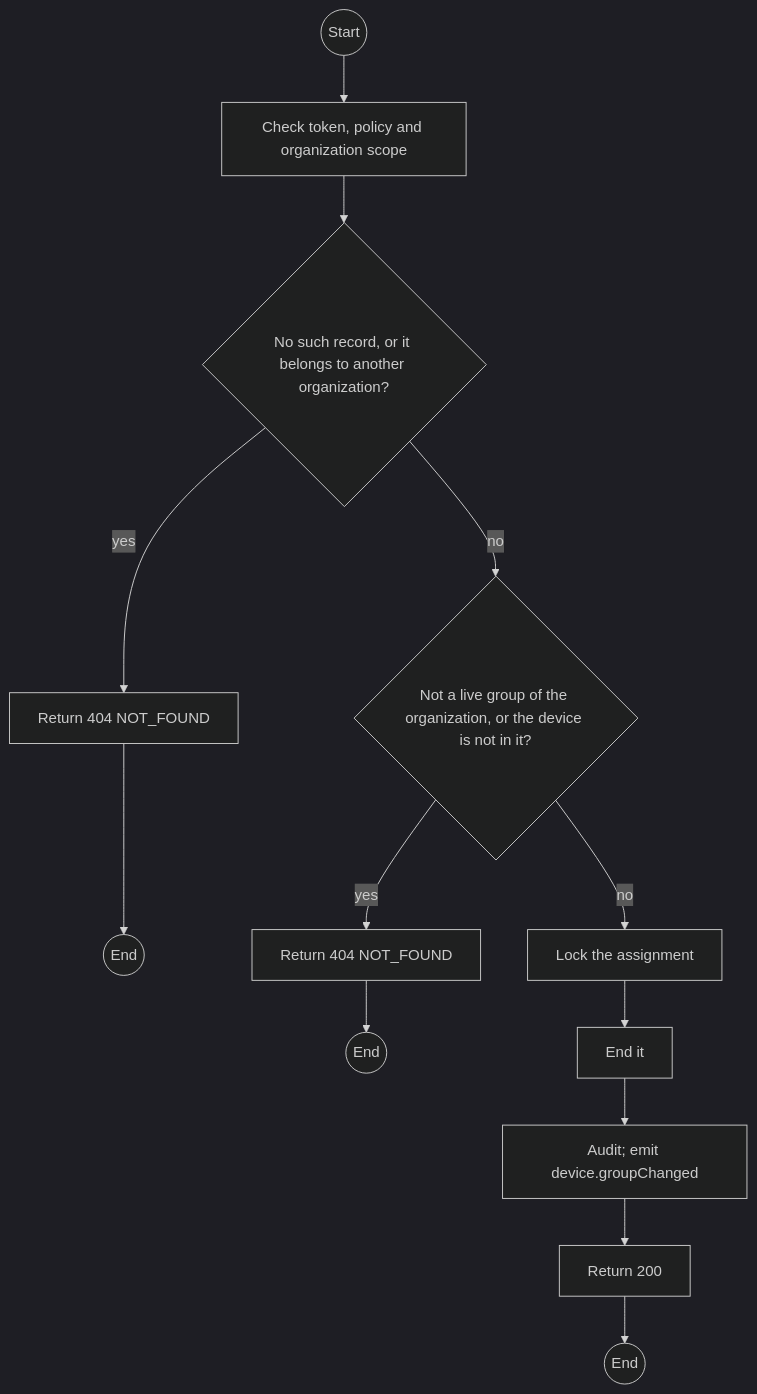
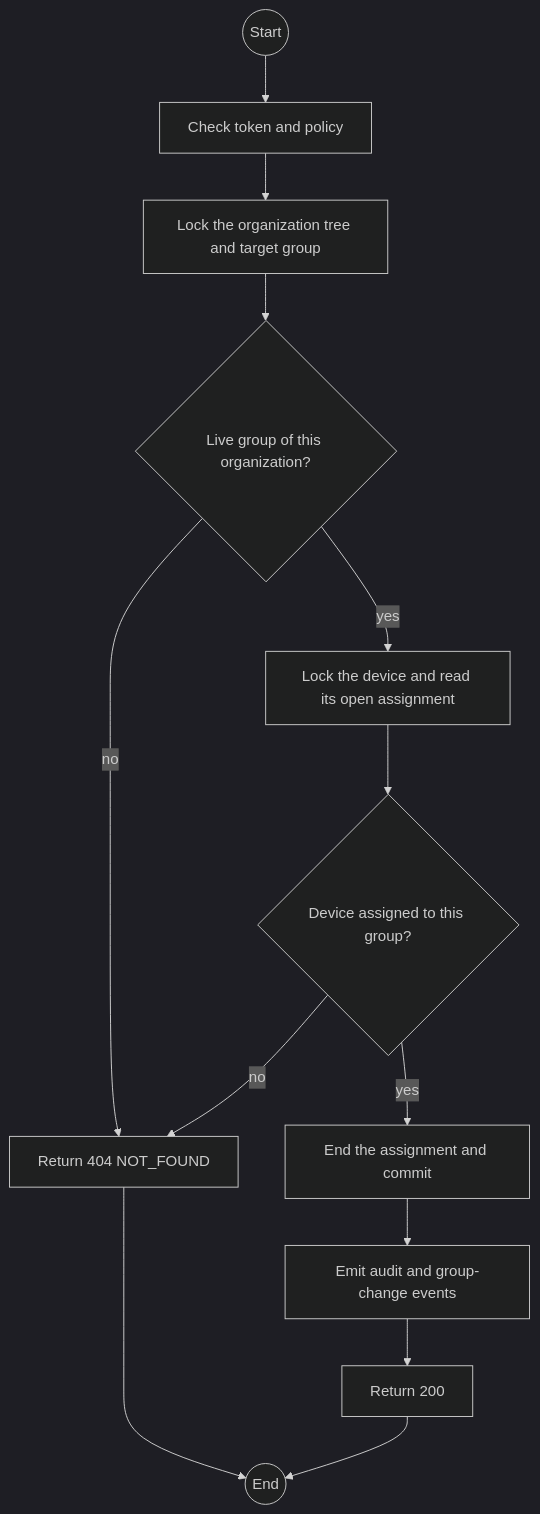
One commit to TrekLink-Team/treklink-web changed the first of 2 diagrams in specs/rentals/api-design/27-delete-groups-id-devices-deviceid.md. Above: the diagram before and after it, drawn with Mermaid (dark theme). The commit also changed other lines of this file and 28 other files, not shown here.

````diff
--- a/specs/rentals/api-design/27-delete-groups-id-devices-deviceid.md
+++ b/specs/rentals/api-design/27-delete-groups-id-devices-deviceid.md
@@ -126,25 +126,15 @@
 ```mermaid
 flowchart TB
-    S((Start))
-    A0["Check token, policy and organization scope"]
-    S --> A0
-    D1{"No such record, or it belongs to another organization?"}
-    A0 --> D1
-    E1["Return 404 NOT_FOUND"]
-    D1 -->|yes| E1
-    E1 --> X1((End))
-    D2{"Not a live group of the organization, or the device is not in it?"}
-    D1 -->|no| D2
-    E2["Return 404 NOT_FOUND"]
-    D2 -->|yes| E2
-    E2 --> X2((End))
-    P0["Lock the assignment"]
-    D2 -->|no| P0
-    P1["End it"]
-    P0 --> P1
-    P2["Audit; emit device.groupChanged"]
-    P1 --> P2
-    OK["Return 200"]
-    P2 --> OK
-    OK --> Z((End))
+    S((Start)) --> A["Check token and policy"]
+    A --> G["Lock the organization tree and target group"]
+    G --> L{"Live group of this organization?"}
+    L -->|no| E404["Return 404 NOT_FOUND"]
+    L -->|yes| D["Lock the device and read its open assignment"]
+    D --> H{"Device assigned to this group?"}
+    H -->|no| E404
+    H -->|yes| W["End the assignment and commit"]
+    W --> V["Emit audit and group-change events"]
+    V --> OK["Return 200"]
+    E404 --> Z((End))
+    OK --> Z
 ```
````
